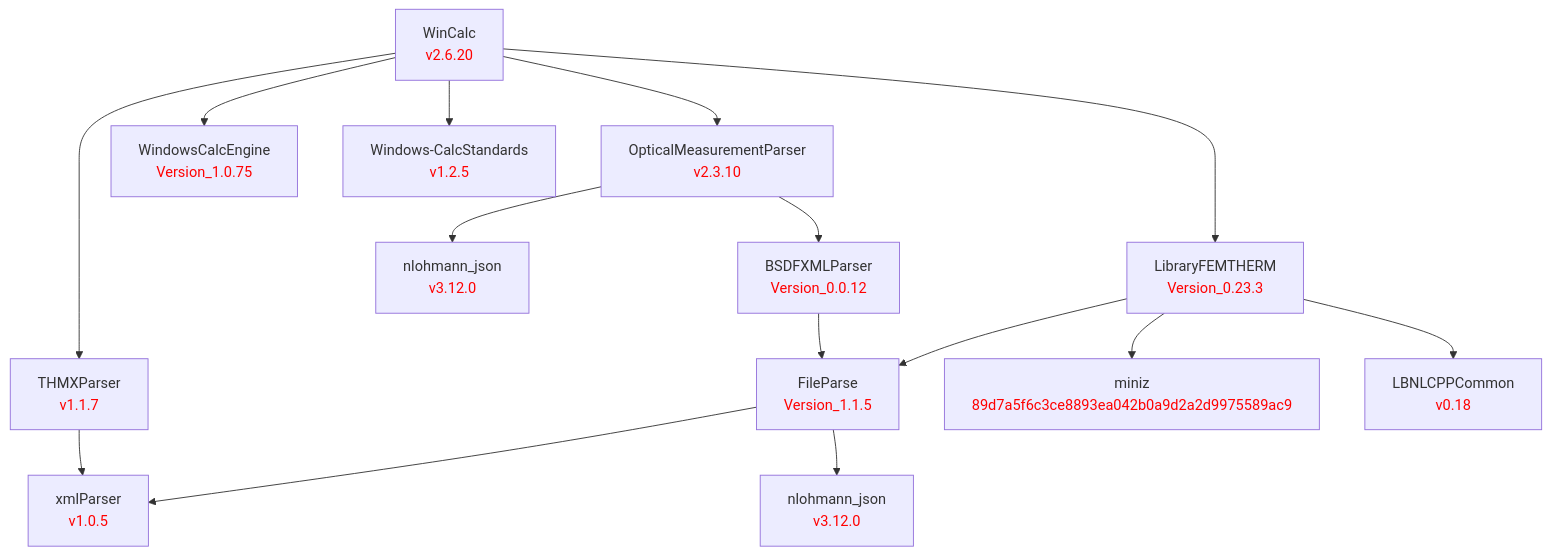
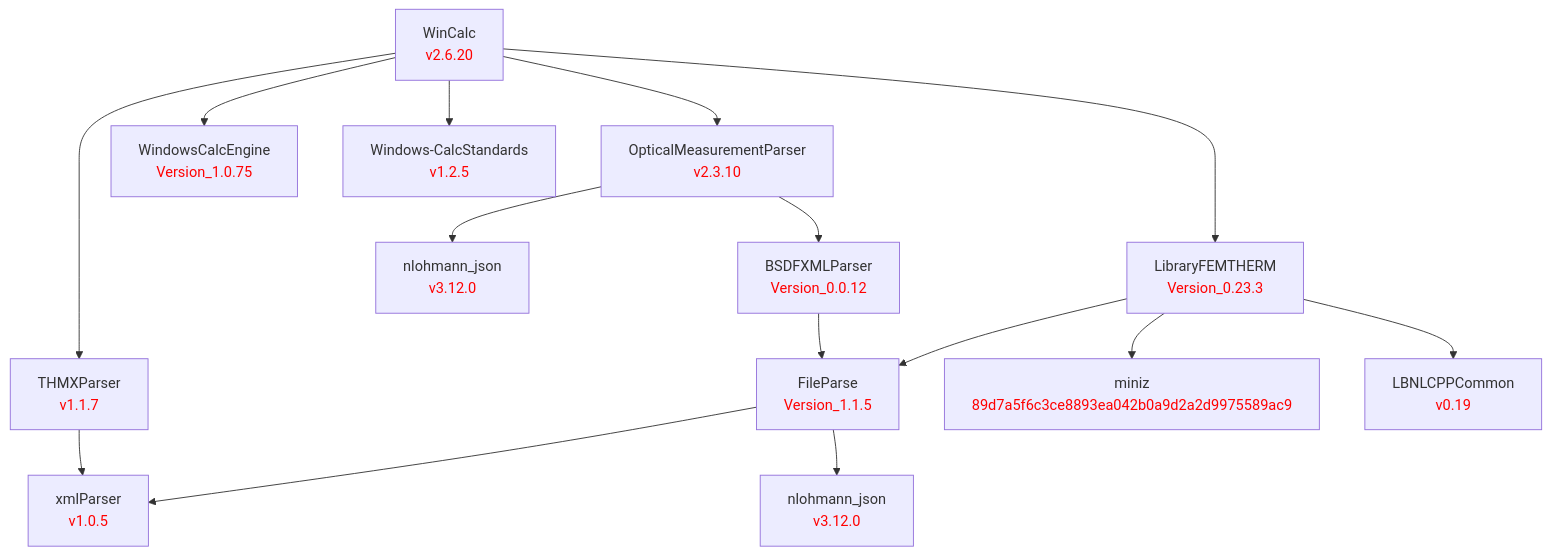
One commit to LBNL-ETA/WinCalc changed the diagram in doc/WinCalc.md. Above: the diagram before and after it, drawn with Mermaid. The commit also changed 1 other file, not shown here.

Commit message:
Pin Windows-CalcEngine and OpticalMeasurementParser to the released tags
Windows-CalcEngine Version_1.0.76 and OpticalMeasurementParser v2.3.11.
LibraryFEMTherm is branch-pinned to rework/bcs until it is released.

````diff
--- a/doc/WinCalc.md
+++ b/doc/WinCalc.md
@@ -1,49 +1,49 @@
 ```mermaid
 graph TD
     %% Level 0
     WinCalc[WinCalc<br/><font color='red'>v2.6.20</font>]
 
     %% Level 1 - direct dependencies
     OpticalMeasurementParser[OpticalMeasurementParser<br/><font color='red'>v2.3.10</font>]
     THMXParser[THMXParser<br/><font color='red'>v1.1.7</font>]
     WindowsCalcEngine[WindowsCalcEngine<br/><font color='red'>Version_1.0.75</font>]
     Windows-CalcStandards[Windows-CalcStandards<br/><font color='red'>v1.2.5</font>]
     LibraryFEMTHERM[LibraryFEMTHERM<br/><font color='red'>Version_0.23.3</font>]
 
     %% Level 2
     nlohmann_omp[nlohmann_json<br/><font color='red'>v3.12.0</font>]
     BSDFXMLParser[BSDFXMLParser<br/><font color='red'>Version_0.0.12</font>]
     FileParse[FileParse<br/><font color='red'>Version_1.1.5</font>]
     miniz[miniz<br/><font color='red'>89d7a5f6c3ce8893ea042b0a9d2a2d9975589ac9</font>]
-    LBNLCPPCommon[LBNLCPPCommon<br/><font color='red'>v0.18</font>]
+    LBNLCPPCommon[LBNLCPPCommon<br/><font color='red'>v0.19</font>]
 
     %% Level 3
     xmlParser[xmlParser<br/><font color='red'>v1.0.5</font>]
     nlohmann_fp[nlohmann_json<br/><font color='red'>v3.12.0</font>]
 
     %% WinCalc dependencies
     WinCalc --> OpticalMeasurementParser
     WinCalc --> THMXParser
     WinCalc --> WindowsCalcEngine
     WinCalc --> Windows-CalcStandards
     WinCalc --> LibraryFEMTHERM
 
     %% OpticalMeasurementParser dependencies
     OpticalMeasurementParser --> nlohmann_omp
     OpticalMeasurementParser --> BSDFXMLParser
 
     %% LibraryFEMTHERM dependencies
     LibraryFEMTHERM --> FileParse
     LibraryFEMTHERM --> miniz
     LibraryFEMTHERM --> LBNLCPPCommon
 
     %% BSDFXMLParser dependencies
     BSDFXMLParser --> FileParse
 
     %% FileParse dependencies
     FileParse --> xmlParser
     FileParse --> nlohmann_fp
 
     %% THMXParser dependencies
     THMXParser --> xmlParser
 ```
````
